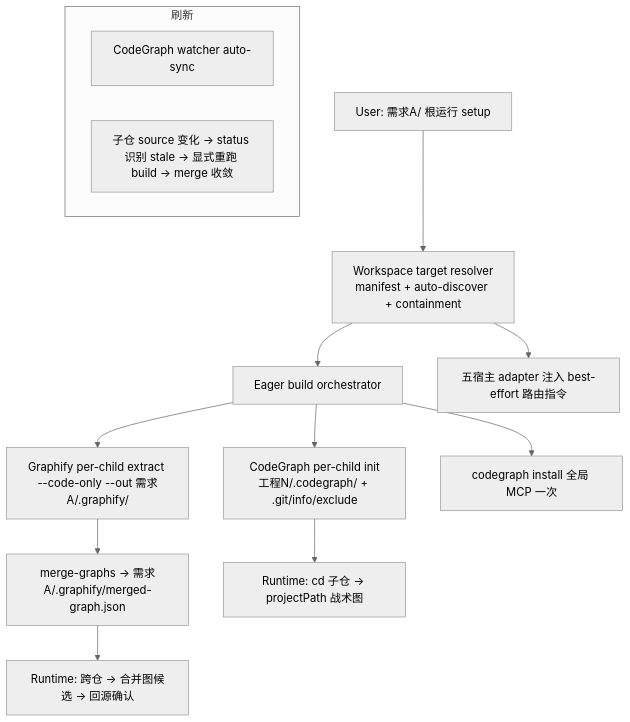
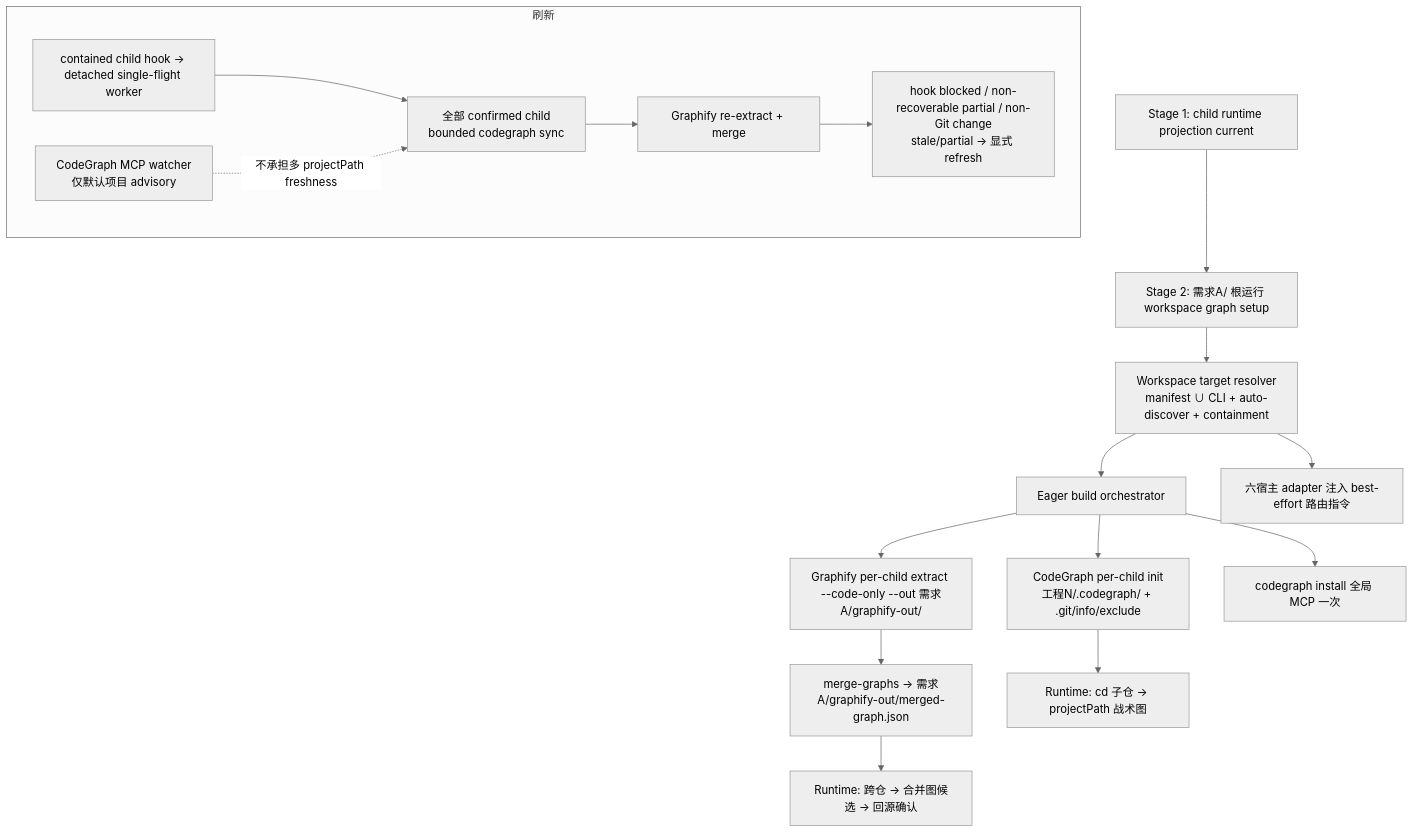
Before and after one commit to leo-kuang-ai/spec-first: the first of 3 diagrams in docs/plans/2026-07-13-001-feat-per-requirement-workspace-multi-repo-graph-plan.md, drawn with Mermaid (neutral theme). The commit also changed other lines of this file and 254 other files, not shown here.

````diff
--- a/docs/plans/2026-07-13-001-feat-per-requirement-workspace-multi-repo-graph-plan.md
+++ b/docs/plans/2026-07-13-001-feat-per-requirement-workspace-multi-repo-graph-plan.md
@@ -104,16 +107,22 @@
 ```mermaid
 flowchart TB
-  U[User: 需求A/ 根运行 setup] --> R[Workspace target resolver<br/>manifest + auto-discover + containment]
+  P[Stage 1: child runtime projection current] --> U[Stage 2: 需求A/ 根运行 workspace graph setup]
+  U --> R[Workspace target resolver<br/>manifest ∪ CLI + auto-discover + containment]
   R --> B[Eager build orchestrator]
   B --> CG[CodeGraph per-child init<br/>工程N/.codegraph/ + .git/info/exclude]
-  B --> GF[Graphify per-child extract --code-only --out 需求A/.graphify/<repo>]
-  GF --> MG[merge-graphs → 需求A/.graphify/merged-graph.json]
+  B --> GF[Graphify per-child extract --code-only --out 需求A/graphify-out/<repo>]
+  GF --> MG[merge-graphs → 需求A/graphify-out/merged-graph.json]
   B --> MCP[codegraph install 全局 MCP 一次]
-  R --> INJ[五宿主 adapter 注入 best-effort 路由指令]
+  R --> INJ[六宿主 adapter 注入 best-effort 路由指令]
   CG --> RT[Runtime: cd 子仓 → projectPath 战术图]
   MG --> RT2[Runtime: 跨仓 → 合并图候选 → 回源确认]
   subgraph Refresh[刷新]
-    W[CodeGraph watcher auto-sync]
-    EX[子仓 source 变化 → status 识别 stale → 显式重跑 build → merge 收敛]
+    W[CodeGraph MCP watcher<br/>仅默认项目 advisory]
+    EX[contained child hook → detached single-flight worker]
+    CS[全部 confirmed child<br/>bounded codegraph sync]
+    GM[Graphify re-extract + merge]
+    FB[hook blocked / non-recoverable partial / non-Git change<br/>stale/partial → 显式 refresh]
+    EX --> CS --> GM --> FB
+    W -. 不承担多 projectPath freshness .-> CS
   end
 ```
````
